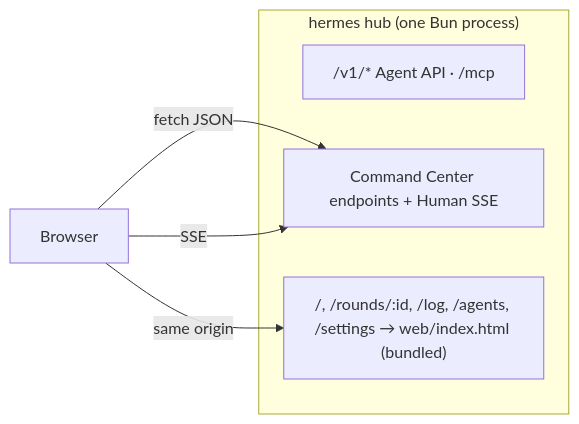
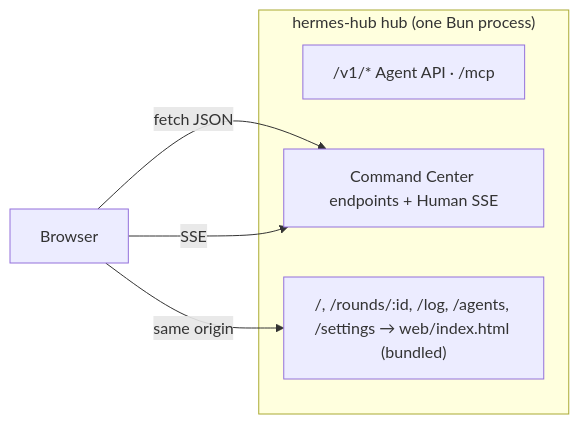
The diagram in docs/specs/frontend-stack.md (jazhou-adobe/hermes-hub), drawn with Mermaid before and after one commit. The commit also changed other lines of this file and 41 other files, not shown here.

````diff
--- a/docs/specs/frontend-stack.md
+++ b/docs/specs/frontend-stack.md
@@ -17,11 +17,11 @@
 ```mermaid
 graph LR
-  subgraph "hermes hub (one Bun process)"
+  subgraph "hermes-hub hub (one Bun process)"
     API["/v1/* Agent API · /mcp"]
     CCAPI["Command Center endpoints + Human SSE"]
     WEB["/, /rounds/:id, /log, /agents, /settings → web/index.html (bundled)"]
   end
   Browser -->|same origin| WEB
   Browser -->|fetch JSON| CCAPI
   Browser -->|SSE| CCAPI
 ```
````
